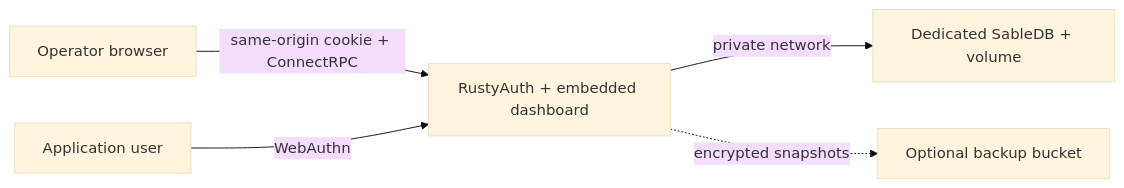
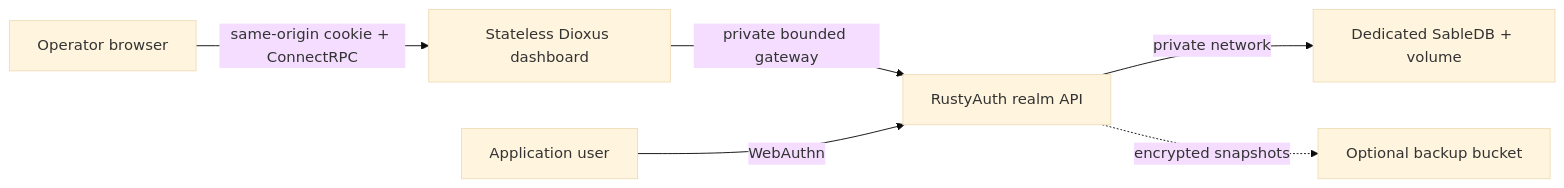
Before and after one commit to rusty-auth/rustyauth: the first of 2 diagrams in docs/FLEET_CONTROL_PLANE.md, drawn with Mermaid (base theme). The commit also changed other lines of this file and 53 other files, not shown here.

````diff
--- a/docs/FLEET_CONTROL_PLANE.md
+++ b/docs/FLEET_CONTROL_PLANE.md
@@ -84,7 +84,8 @@
 ```mermaid
 flowchart LR
-    Browser["Operator browser"] -->|"same-origin cookie + ConnectRPC"| Auth["RustyAuth + embedded dashboard"]
+    Browser["Operator browser"] -->|"same-origin cookie + ConnectRPC"| Dashboard["Stateless Dioxus dashboard"]
+    Dashboard -->|"private bounded gateway"| Auth["RustyAuth realm API"]
     User["Application user"] -->|"WebAuthn"| Auth
     Auth -->|"private network"| Sable["Dedicated SableDB + volume"]
     Auth -.->|"encrypted snapshots"| Bucket["Optional backup bucket"]
 ```
````
